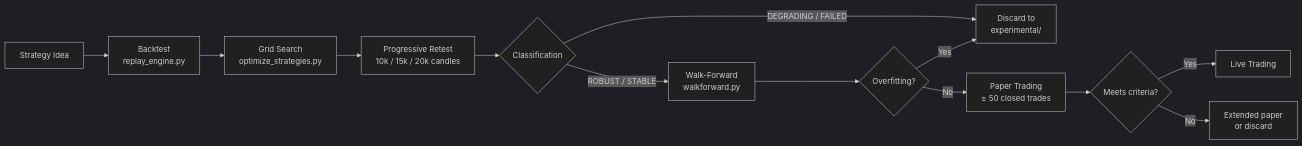
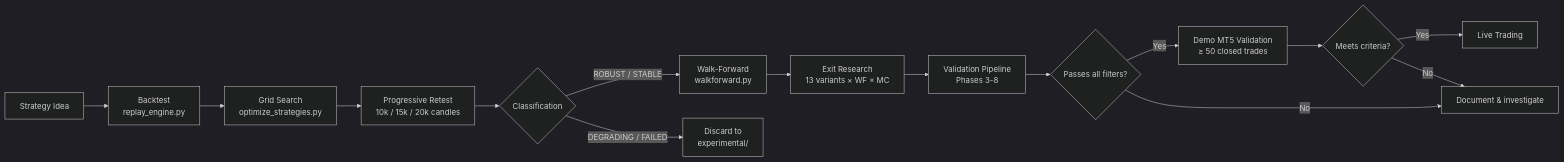
One commit to imlast999/LastEdge changed the second of 2 diagrams in README.md. Above: the diagram before and after it, drawn with Mermaid (dark theme). The commit also changed other lines of this file and 11 other files, not shown here.

````diff
--- a/README.md
+++ b/README.md
@@ -148,15 +152,17 @@
 ```mermaid
 flowchart LR
     A[Strategy Idea] --> B[Backtest\nreplay_engine.py]
     B --> C[Grid Search\noptimize_strategies.py]
     C --> D[Progressive Retest\n10k / 15k / 20k candles]
     D --> E{Classification}
     E -->|ROBUST / STABLE| F[Walk-Forward\nwalkforward.py]
     E -->|DEGRADING / FAILED| G[Discard to\nexperimental/]
-    F --> H{Overfitting?}
-    H -->|No| I[Paper Trading\n≥ 50 closed trades]
-    H -->|Yes| G
-    I --> J{Meets criteria?}
-    J -->|Yes| K[Live Trading]
-    J -->|No| L[Extended paper\nor discard]
+    F --> H[Exit Research\n13 variants × WF × MC]
+    H --> I[Validation Pipeline\nPhases 3-8]
+    I --> J{Passes all filters?}
+    J -->|Yes| K[Demo MT5 Validation\n≥ 50 closed trades]
+    J -->|No| L[Document & investigate]
+    K --> M{Meets criteria?}
+    M -->|Yes| N[Live Trading]
+    M -->|No| L
 ```
````
